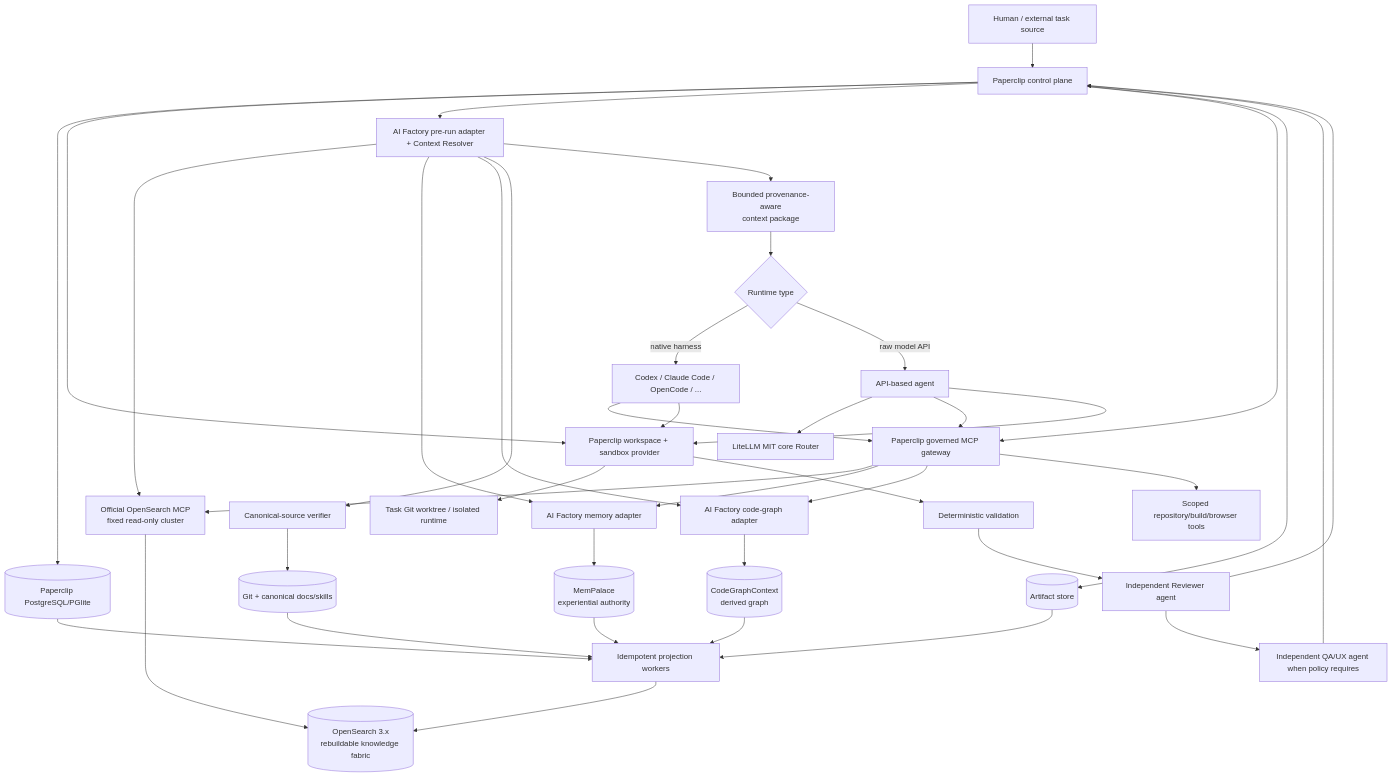
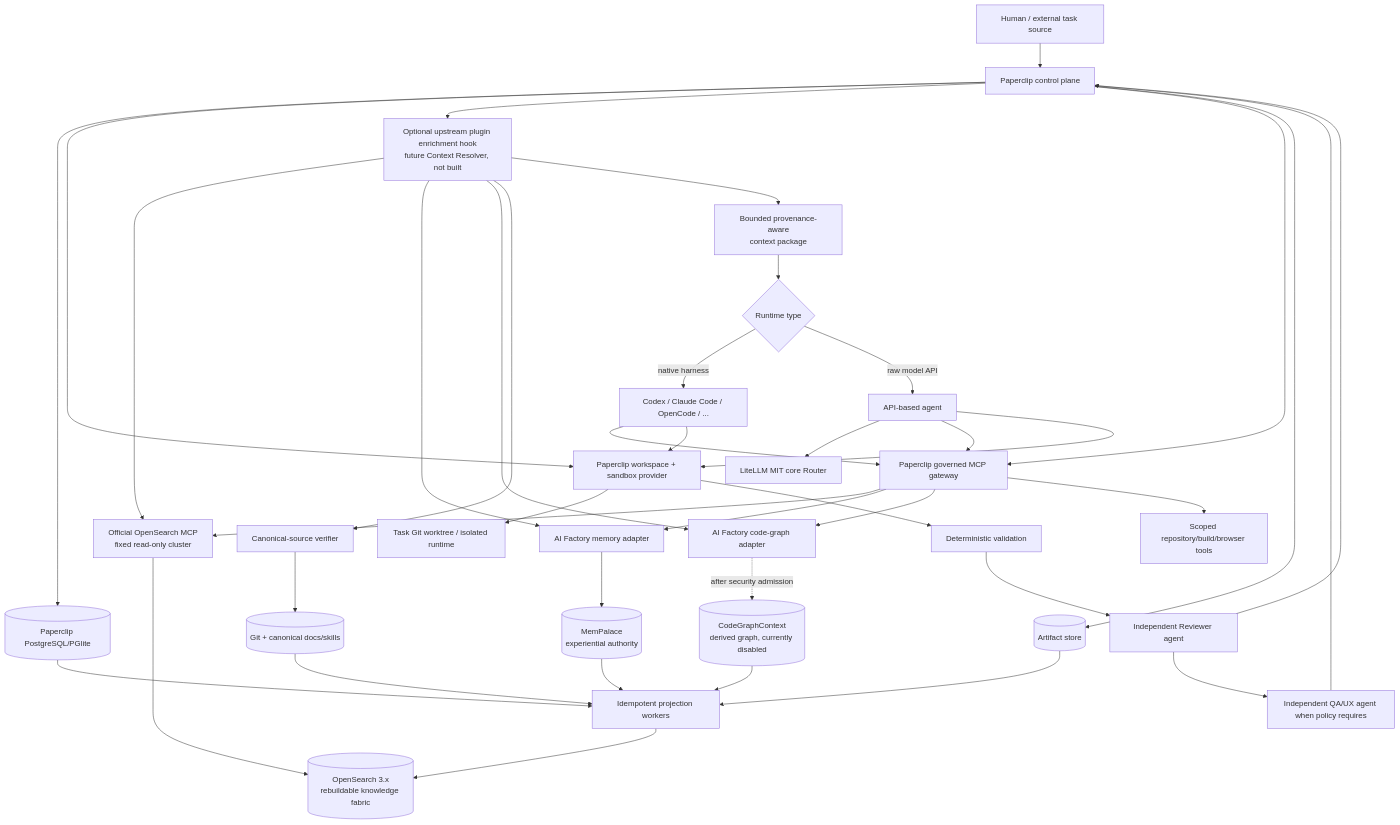
The first of 2 diagrams in docs/decisions/V1_ADOPTION_ARCHITECTURE.md (Dzikle/Ai-factory), drawn with Mermaid before and after one commit. The commit also changed other lines of this file and 23 other files, not shown here.

Commit message:
Record Milestone 0B Paperclip remediation and upstream-waiting admission

````diff
--- a/docs/decisions/V1_ADOPTION_ARCHITECTURE.md
+++ b/docs/decisions/V1_ADOPTION_ARCHITECTURE.md
@@ -58,47 +70,47 @@
 ```mermaid
 flowchart TB
     Human[Human / external task source] --> PC[Paperclip control plane]
     PC --> PDB[(Paperclip PostgreSQL/PGlite)]
     PC --> WR[Paperclip workspace + sandbox provider]
     WR --> GitWT[Task Git worktree / isolated runtime]
 
-    PC --> CR[AI Factory pre-run adapter + Context Resolver]
+    PC --> CR[Optional upstream plugin enrichment hook<br/>future Context Resolver, not built]
     CR --> OSMCP[Official OpenSearch MCP<br/>fixed read-only cluster]
     OSMCP --> OS[(OpenSearch 3.x<br/>rebuildable knowledge fabric)]
     CR --> MA[AI Factory memory adapter]
     MA --> MP[(MemPalace<br/>experiential authority)]
     CR --> CGA[AI Factory code-graph adapter]
-    CGA --> CG[(CodeGraphContext<br/>derived graph)]
+    CGA -. after security admission .-> CG[(CodeGraphContext<br/>derived graph, currently disabled)]
     CR --> Verify[Canonical-source verifier]
     Verify --> Git[(Git + canonical docs/skills)]
     CR --> Package[Bounded provenance-aware<br/>context package]
 
     Package --> Select{Runtime type}
     Select -->|native harness| Native[Codex / Claude Code / OpenCode / ...]
     Select -->|raw model API| APIAgent[API-based agent]
     APIAgent --> LLM[LiteLLM MIT core Router]
 
     PC --> GW[Paperclip governed MCP gateway]
     Native --> GW
     APIAgent --> GW
     GW --> OSMCP
     GW --> MA
     GW --> CGA
     GW --> RepoTools[Scoped repository/build/browser tools]
 
     Native --> WR
     APIAgent --> WR
     WR --> Checks[Deterministic validation]
     Checks --> Review[Independent Reviewer agent]
     Review --> QA[Independent QA/UX agent when policy requires]
     QA --> PC
     Review --> PC
 
     PC --> Art[(Artifact store)]
     PDB --> Projector[Idempotent projection workers]
     MP --> Projector
     Git --> Projector
     CG --> Projector
     Art --> Projector
     Projector --> OS
 ```
````
